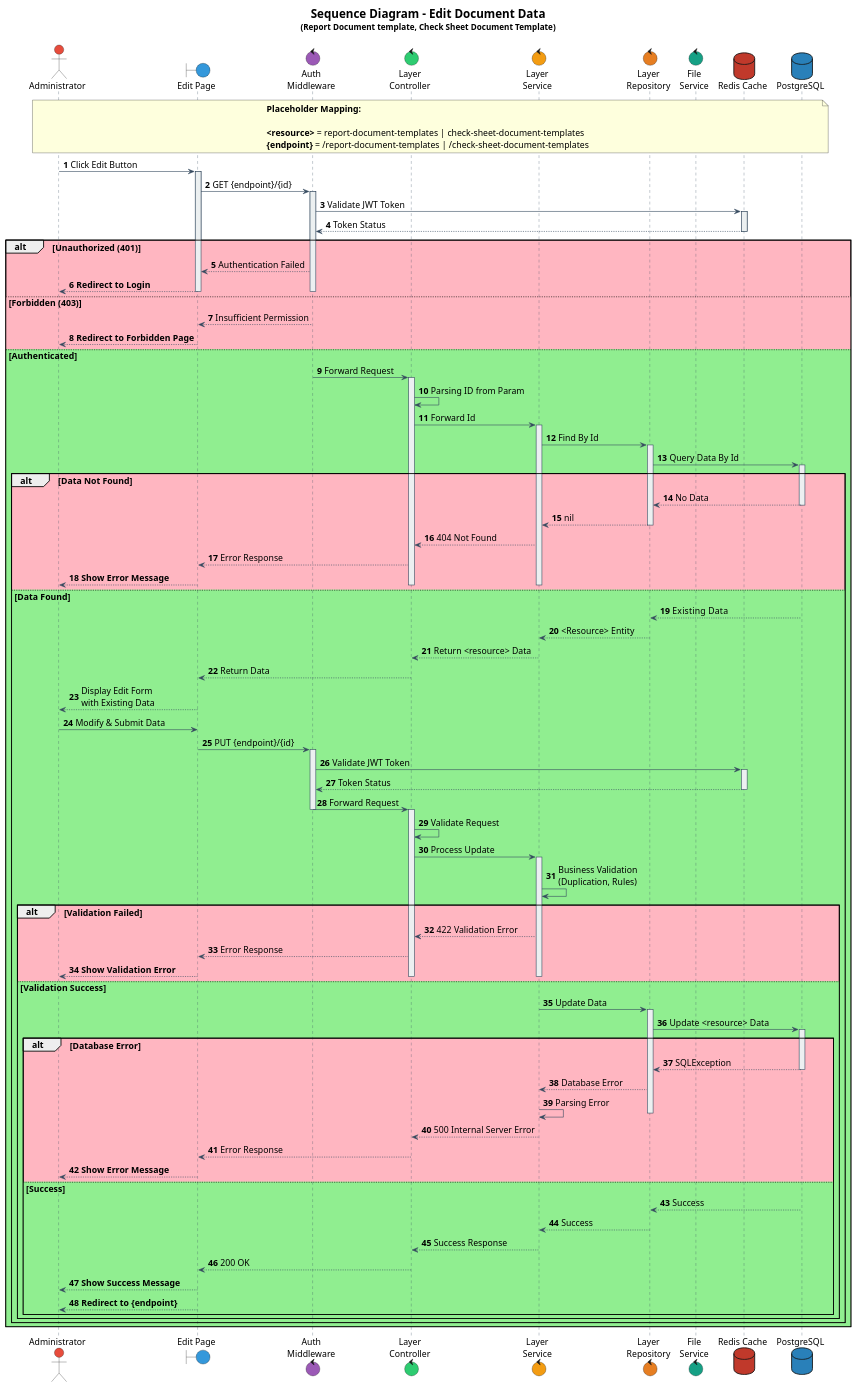
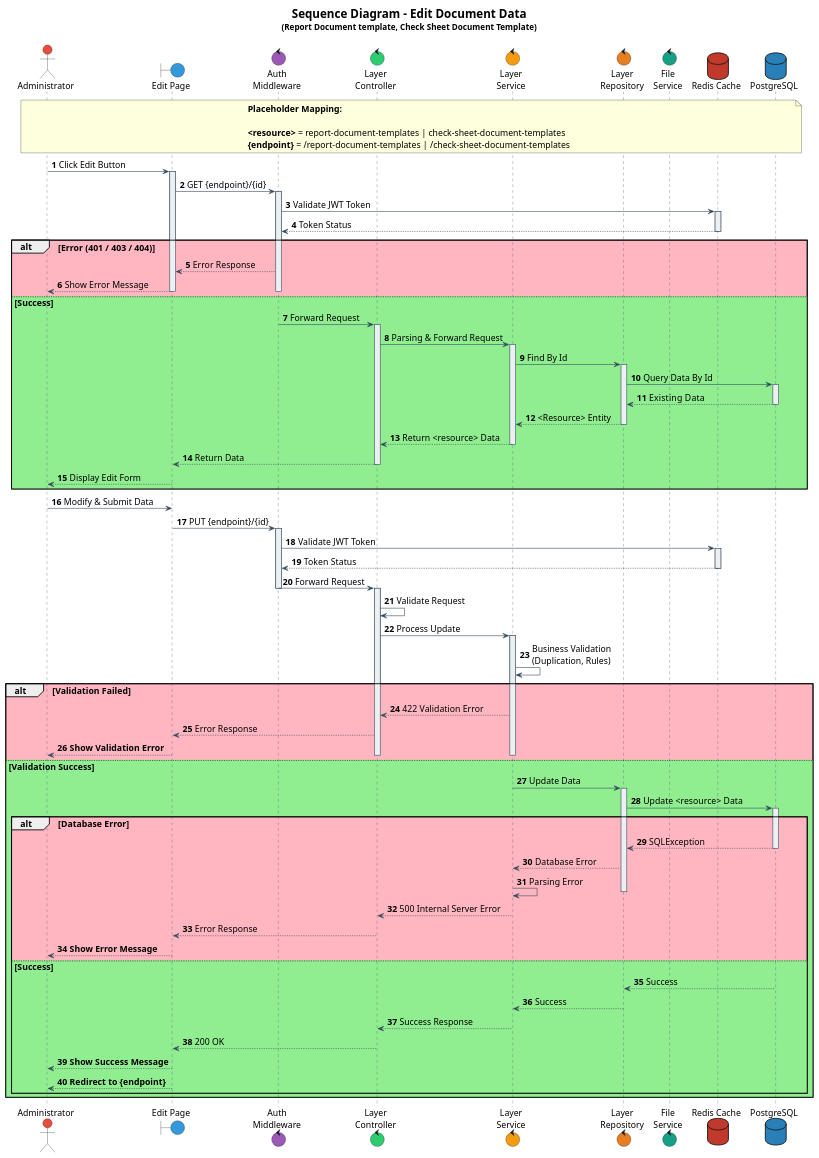
The diagram in documentation/sequence/document/template/edit.puml (IntConnect/go-intconnect-api), drawn with PlantUML before and after one commit. The commit also changed 7 other files, not shown here.

```diff
--- a/documentation/sequence/document/template/edit.puml
+++ b/documentation/sequence/document/template/edit.puml
@@ -1,196 +1,174 @@
 @startuml
 
 ' Font configuration
 skinparam defaultFontName Times New Roman
 skinparam defaultFontSize 15
 
 ' Participant styling
 skinparam participant {
     BackgroundColor #ECF0F1
     BorderColor #34495E
     FontColor Black
     FontName Times New Roman
     FontSize 15
 }
 
 skinparam sequence {
     ArrowColor #34495E
     LifeLineBorderColor #34495E
     LifeLineBackgroundColor #ECF0F1
     ArrowFontName Times New Roman
     ArrowFontSize 15
 }
 
 skinparam actorFontSize 15
 skinparam noteFontSize 15
 skinparam noteFontName "Times New Roman"
 
 ' Actors and components
 actor "Administrator" as admin #E74C3C
 boundary "Edit Page" as boundEdit #3498DB
 control "Auth\nMiddleware" as authMiddleware #9B59B6
 control "Layer\nController" as controller #2ECC71
 control "Layer\nService" as service #F39C12
 control "Layer\nRepository" as repository #E67E22
 control "File\nService" as fileService #16A085
 database "Redis Cache" as dbRedis #C0392B
 database "PostgreSQL" as dbPsql #2980B9
 
 title
 <size:20><b>Sequence Diagram - Edit Document Data</b></size>
 <size:14>(Report Document template, Check Sheet Document Template)</size>
 ----
 end title
 
 autonumber
 
 note over admin, dbPsql
     **Placeholder Mapping:**
 
     <b><resource></b> = report-document-templates | check-sheet-document-templates
     <b>{endpoint}</b> = /report-document-templates | /check-sheet-document-templates
 end note
-
 ' === FETCH EXISTING DATA ===
 admin -> boundEdit: Click Edit Button
 activate boundEdit
 
 boundEdit -> authMiddleware: GET {endpoint}/{id}
 activate authMiddleware
 
 authMiddleware -> dbRedis: Validate JWT Token
 activate dbRedis
 dbRedis --> authMiddleware: Token Status
 deactivate dbRedis
 
-alt #LightPink Unauthorized (401)
-    authMiddleware --> boundEdit: Authentication Failed
-    boundEdit --> admin: **Redirect to Login**
+alt #LightPink Error (401 / 403 / 404)
+    authMiddleware --> boundEdit: Error Response
+    boundEdit --> admin: Show Error Message
     deactivate authMiddleware
     deactivate boundEdit
 
-else #LightPink Forbidden (403)
-    authMiddleware --> boundEdit: Insufficient Permission
-    boundEdit --> admin: **Redirect to Forbidden Page**
-    deactivate authMiddleware
-    deactivate boundEdit
 
-else #LightGreen Authenticated
+else #LightGreen Success
 
     authMiddleware -> controller: Forward Request
     deactivate authMiddleware
     activate controller
 
-    controller -> controller: Parsing ID from Param
-    controller -> service: Forward Id
+    controller -> service: Parsing & Forward Request
     activate service
 
     service -> repository: Find By Id
     activate repository
 
     repository -> dbPsql: Query Data By Id
     activate dbPsql
 
-    alt #LightPink Data Not Found
-        dbPsql --> repository: No Data
-        deactivate dbPsql
-        repository --> service: nil
-        deactivate repository
-        service --> controller: 404 Not Found
-        controller --> boundEdit: Error Response
-        boundEdit --> admin: **Show Error Message**
-        deactivate service
-        deactivate controller
-        deactivate boundEdit
-
-    else #LightGreen Data Found
         dbPsql --> repository: Existing  Data
         deactivate dbPsql
 
         repository --> service: <Resource> Entity
         deactivate repository
 
         service --> controller: Return <resource> Data
         deactivate service
 
         controller --> boundEdit: Return Data
         deactivate controller
 
-        boundEdit --> admin: Display Edit Form\nwith Existing Data
-
+        boundEdit --> admin: Display Edit Form
+ end
         ' === UPDATE PROCESS ===
         admin -> boundEdit: Modify & Submit Data
 
         boundEdit -> authMiddleware: PUT {endpoint}/{id}
         activate authMiddleware
 
         authMiddleware -> dbRedis: Validate JWT Token
         activate dbRedis
         dbRedis --> authMiddleware: Token Status
         deactivate dbRedis
 
         authMiddleware -> controller: Forward Request
         deactivate authMiddleware
         activate controller
 
         controller -> controller: Validate Request
 
         controller -> service: Process Update
         activate service
 
         service -> service: Business Validation\n(Duplication, Rules)
 
         alt #LightPink Validation Failed
             service --> controller: 422 Validation Error
             controller --> boundEdit: Error Response
             boundEdit --> admin: **Show Validation Error**
             deactivate service
             deactivate controller
 
         else #LightGreen Validation Success
 
 
 
             ' === UPDATE DATABASE ===
             service -> repository: Update Data
             activate repository
 
             repository -> dbPsql: Update <resource> Data
             activate dbPsql
 
             alt #LightPink Database Error
                 dbPsql --> repository: SQLException
                 deactivate dbPsql
 
                 repository --> service: Database Error
                 service -> service: Parsing Error
                 deactivate repository
 
                 service --> controller: 500 Internal Server Error
                 controller --> boundEdit: Error Response
                 boundEdit --> admin: **Show Error Message**
                 deactivate service
                 deactivate controller
 
             else #LightGreen Success
                 dbPsql --> repository: Success
                 deactivate dbPsql
 
                 repository --> service: Success
                 deactivate repository
 
                 service --> controller: Success Response
                 deactivate service
 
                 controller --> boundEdit: 200 OK
                 deactivate controller
 
                 boundEdit --> admin: **Show Success Message**
                 boundEdit --> admin: **Redirect to {endpoint}**
                 deactivate boundEdit
             end
         end
-    end
-end
 
 @enduml
```
